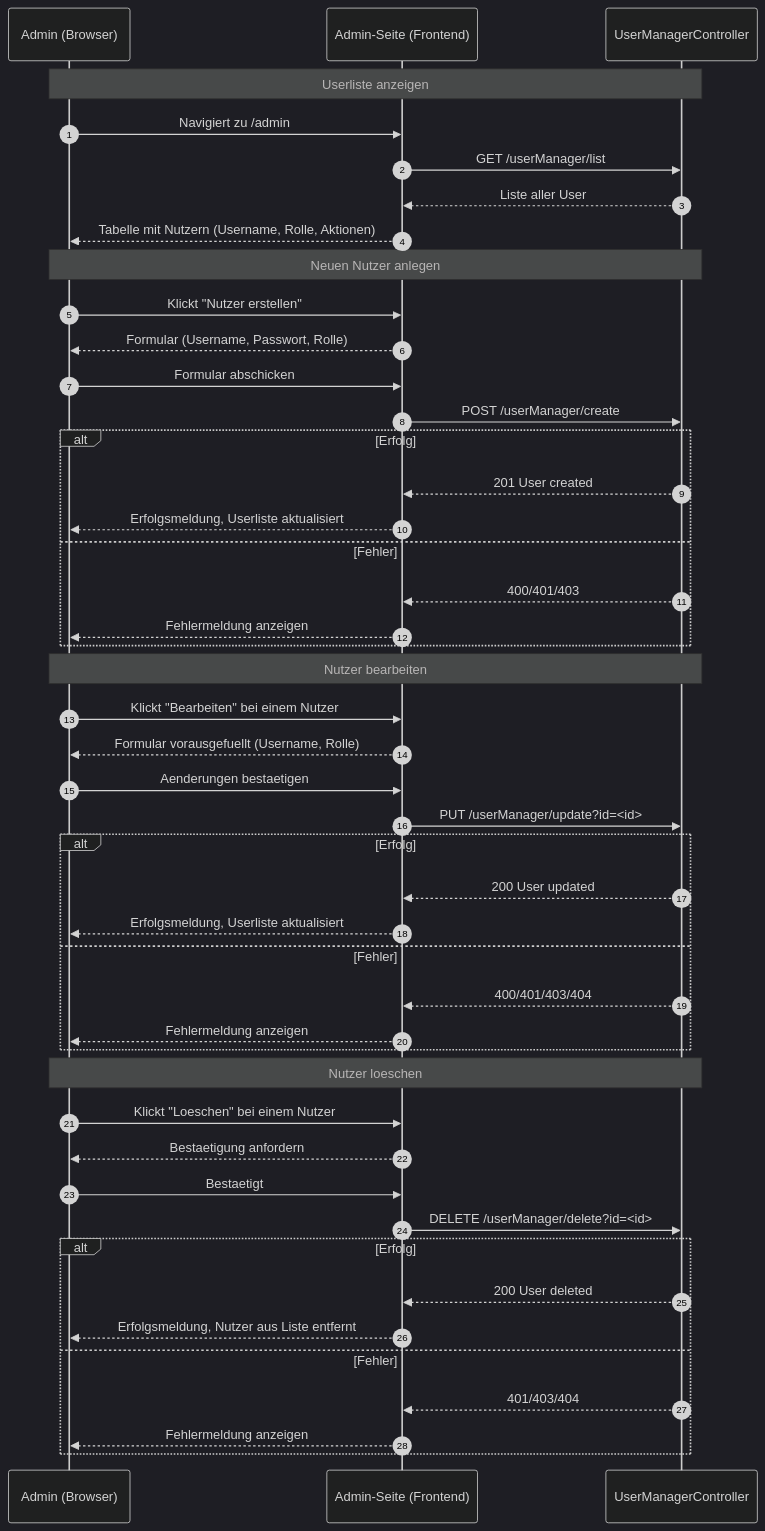
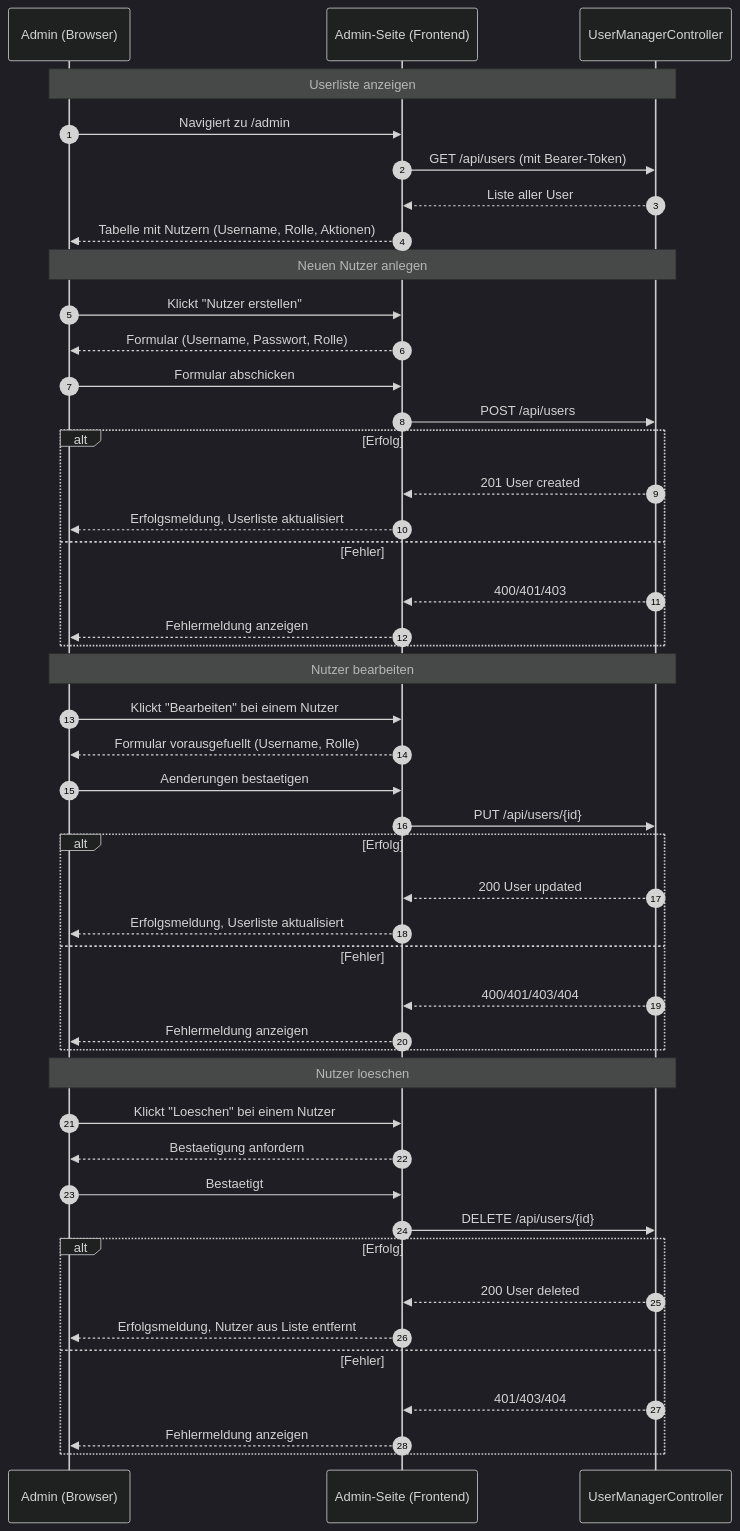
One commit to g8rdier/urban-flow-governance changed the fifth of 5 diagrams in docs/USER_MANAGEMENT.md. Above: the diagram before and after it, drawn with Mermaid (dark theme). The commit also changed other lines of this file and 1 other file, not shown here.

````diff
--- a/docs/USER_MANAGEMENT.md
+++ b/docs/USER_MANAGEMENT.md
@@ -189,56 +216,56 @@
 ```mermaid
 sequenceDiagram
 	autonumber
 	participant A as Admin (Browser)
 	participant UI as Admin-Seite (Frontend)
 	participant UMC as UserManagerController
 
 	note over A,UMC: Userliste anzeigen
 
 	A->>UI: Navigiert zu /admin
-	UI->>UMC: GET /userManager/list
+	UI->>UMC: GET /api/users (mit Bearer-Token)
 	UMC-->>UI: Liste aller User
 	UI-->>A: Tabelle mit Nutzern (Username, Rolle, Aktionen)
 
 	note over A,UMC: Neuen Nutzer anlegen
 
 	A->>UI: Klickt "Nutzer erstellen"
 	UI-->>A: Formular (Username, Passwort, Rolle)
 	A->>UI: Formular abschicken
-	UI->>UMC: POST /userManager/create
+	UI->>UMC: POST /api/users
 	alt Erfolg
 		UMC-->>UI: 201 User created
 		UI-->>A: Erfolgsmeldung, Userliste aktualisiert
 	else Fehler
 		UMC-->>UI: 400/401/403
 		UI-->>A: Fehlermeldung anzeigen
 	end
 
 	note over A,UMC: Nutzer bearbeiten
 
 	A->>UI: Klickt "Bearbeiten" bei einem Nutzer
 	UI-->>A: Formular vorausgefuellt (Username, Rolle)
 	A->>UI: Aenderungen bestaetigen
-	UI->>UMC: PUT /userManager/update?id=<id>
+	UI->>UMC: PUT /api/users/{id}
 	alt Erfolg
 		UMC-->>UI: 200 User updated
 		UI-->>A: Erfolgsmeldung, Userliste aktualisiert
 	else Fehler
 		UMC-->>UI: 400/401/403/404
 		UI-->>A: Fehlermeldung anzeigen
 	end
 
 	note over A,UMC: Nutzer loeschen
 
 	A->>UI: Klickt "Loeschen" bei einem Nutzer
 	UI-->>A: Bestaetigung anfordern
 	A->>UI: Bestaetigt
-	UI->>UMC: DELETE /userManager/delete?id=<id>
+	UI->>UMC: DELETE /api/users/{id}
 	alt Erfolg
 		UMC-->>UI: 200 User deleted
 		UI-->>A: Erfolgsmeldung, Nutzer aus Liste entfernt
 	else Fehler
 		UMC-->>UI: 401/403/404
 		UI-->>A: Fehlermeldung anzeigen
 	end
 ```
````
